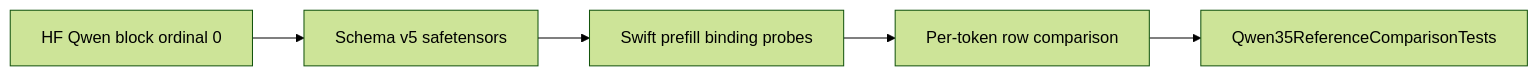
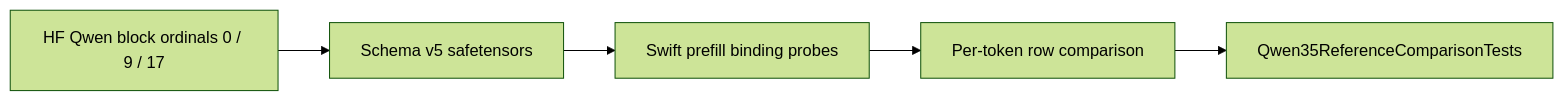
The eighth of 15 diagrams in docs/development/hybrid-prefill-progress.md (1amageek/swift-lm), drawn with Mermaid (forest theme) before and after one commit. The commit also changed other lines of this file and 3 other files, not shown here.

Commit message:
Expand Qwen block reference coverage

````diff
--- a/docs/development/hybrid-prefill-progress.md
+++ b/docs/development/hybrid-prefill-progress.md
@@ -702,7 +702,7 @@
 ```mermaid
 flowchart LR
-  A["HF Qwen block ordinal 0"] --> B["Schema v5 safetensors"]
+  A["HF Qwen block ordinals 0 / 9 / 17"] --> B["Schema v5 safetensors"]
   B --> C["Swift prefill binding probes"]
   C --> D["Per-token row comparison"]
   D --> E["Qwen35ReferenceComparisonTests"]
 ```
````
